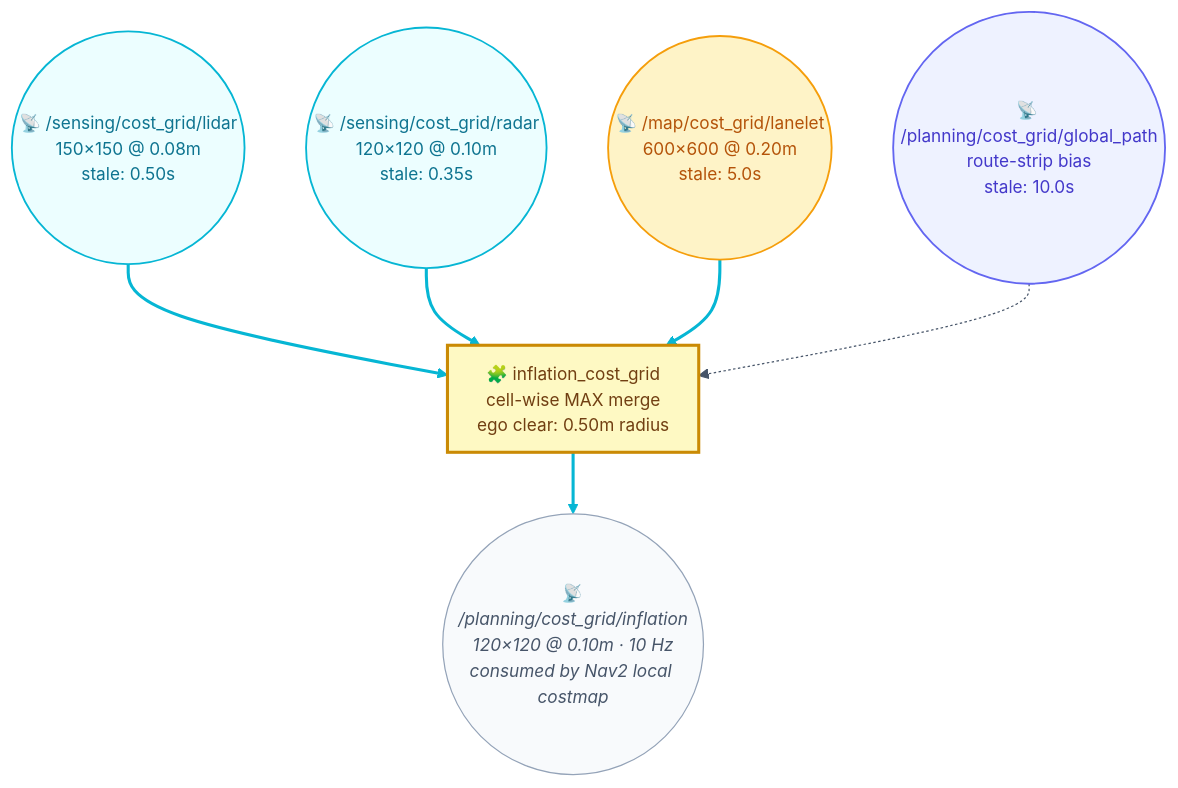
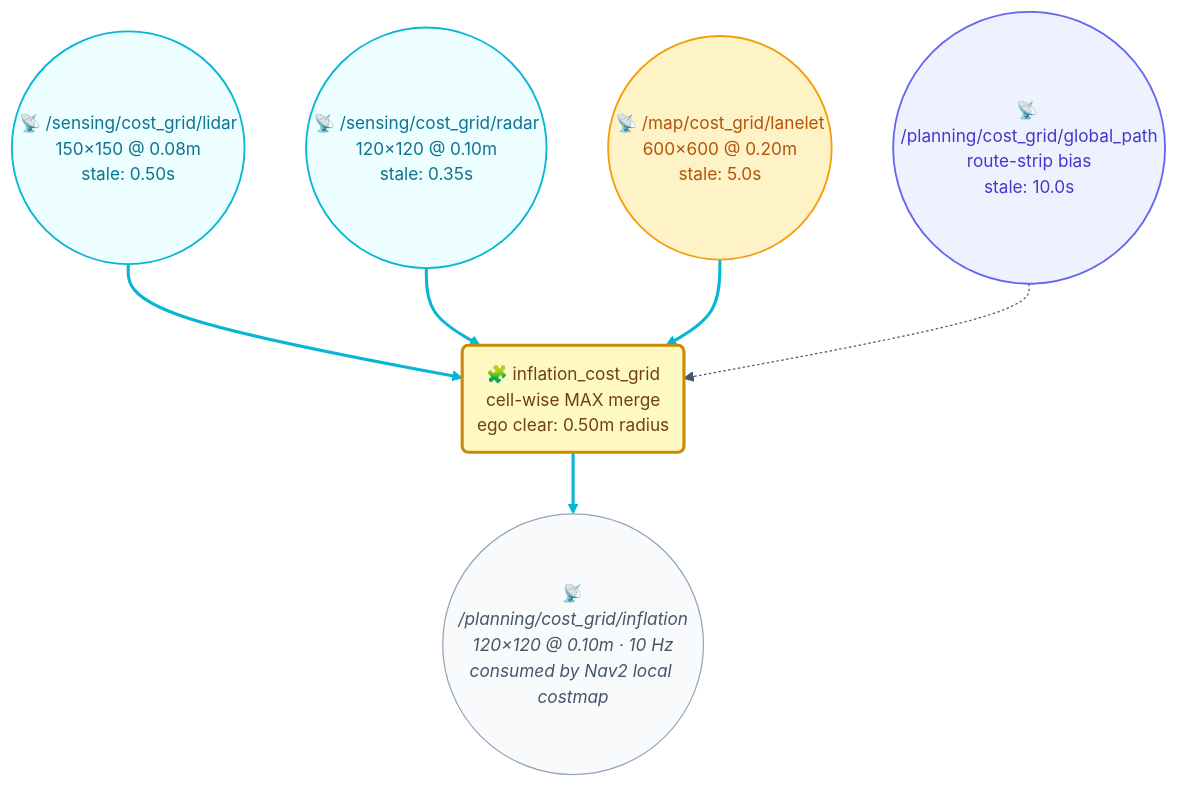
One commit to hwanhonglee/CAMROD changed the third of 3 diagrams in camrod_sensing/README.md. Above: the diagram before and after it, drawn with Mermaid. The commit also changed other lines of this file and 12 other files, not shown here.

First line of the commit message:
docs(v4): unified Mermaid shape convention + runtime data flow diagram

````diff
--- a/camrod_sensing/README.md
+++ b/camrod_sensing/README.md
@@ -196,34 +196,34 @@
 ```mermaid
 %%{init: {'theme': 'base', 'themeVariables': {'fontFamily': 'ui-sans-serif, system-ui, sans-serif', 'fontSize': '14px', 'primaryColor': '#EEF2FF', 'primaryTextColor': '#0F172A', 'primaryBorderColor': '#6366F1', 'lineColor': '#475569'}, 'flowchart': {'curve': 'basis', 'htmlLabels': true, 'padding': 12}}}%%
 graph TD
   classDef sensing      fill:#ECFEFF,stroke:#06B6D4,stroke-width:1.5px,color:#0E7490;
   classDef localization fill:#ECFDF5,stroke:#10B981,stroke-width:1.5px,color:#047857;
   classDef mapping      fill:#FEF3C7,stroke:#F59E0B,stroke-width:1.5px,color:#B45309;
   classDef perception   fill:#FCE7F3,stroke:#EC4899,stroke-width:1.5px,color:#9D174D;
   classDef planning     fill:#EEF2FF,stroke:#6366F1,stroke-width:1.5px,color:#4338CA;
   classDef platform     fill:#FEE2E2,stroke:#EF4444,stroke-width:1.5px,color:#B91C1C;
   classDef parking      fill:#F5F3FF,stroke:#8B5CF6,stroke-width:1.5px,color:#6D28D9;
   classDef system       fill:#F1F5F9,stroke:#64748B,stroke-width:1.5px,color:#334155;
   classDef ui           fill:#FFF7ED,stroke:#F97316,stroke-width:1.5px,color:#C2410C;
   classDef topic        fill:#F8FAFC,stroke:#94A3B8,stroke-width:1px,color:#475569,font-style:italic;
   classDef config       fill:#FFFBEB,stroke:#D97706,stroke-width:1.5px,color:#92400E;
   classDef hardware     fill:#FAFAFA,stroke:#6B7280,stroke-width:1.5px,color:#374151;
   classDef highlight    fill:#FEF9C3,stroke:#CA8A04,stroke-width:2.5px,color:#713F12;
 
   L1((📡 /sensing/cost_grid/lidar\n150×150 @ 0.08m\nstale: 0.50s)):::sensing
   L2((📡 /sensing/cost_grid/radar\n120×120 @ 0.10m\nstale: 0.35s)):::sensing
   L3((📡 /map/cost_grid/lanelet\n600×600 @ 0.20m\nstale: 5.0s)):::mapping
   L4((📡 /planning/cost_grid/global_path\nroute-strip bias\nstale: 10.0s)):::planning
 
-  FUSE[🧩 inflation_cost_grid\ncell-wise MAX merge\nego clear: 0.50m radius]:::highlight
+  FUSE(🧩 inflation_cost_grid\ncell-wise MAX merge\nego clear: 0.50m radius):::highlight
 
   OUT((📡 /planning/cost_grid/inflation\n120×120 @ 0.10m · 10 Hz\nconsumed by Nav2 local costmap)):::topic
 
   L1 ==> FUSE
   L2 ==> FUSE
   L3 ==> FUSE
   L4 -.-> FUSE
   FUSE ==> OUT
 
   linkStyle 0,1,2,4 stroke:#06B6D4,stroke-width:2.5px;
 ```
````
